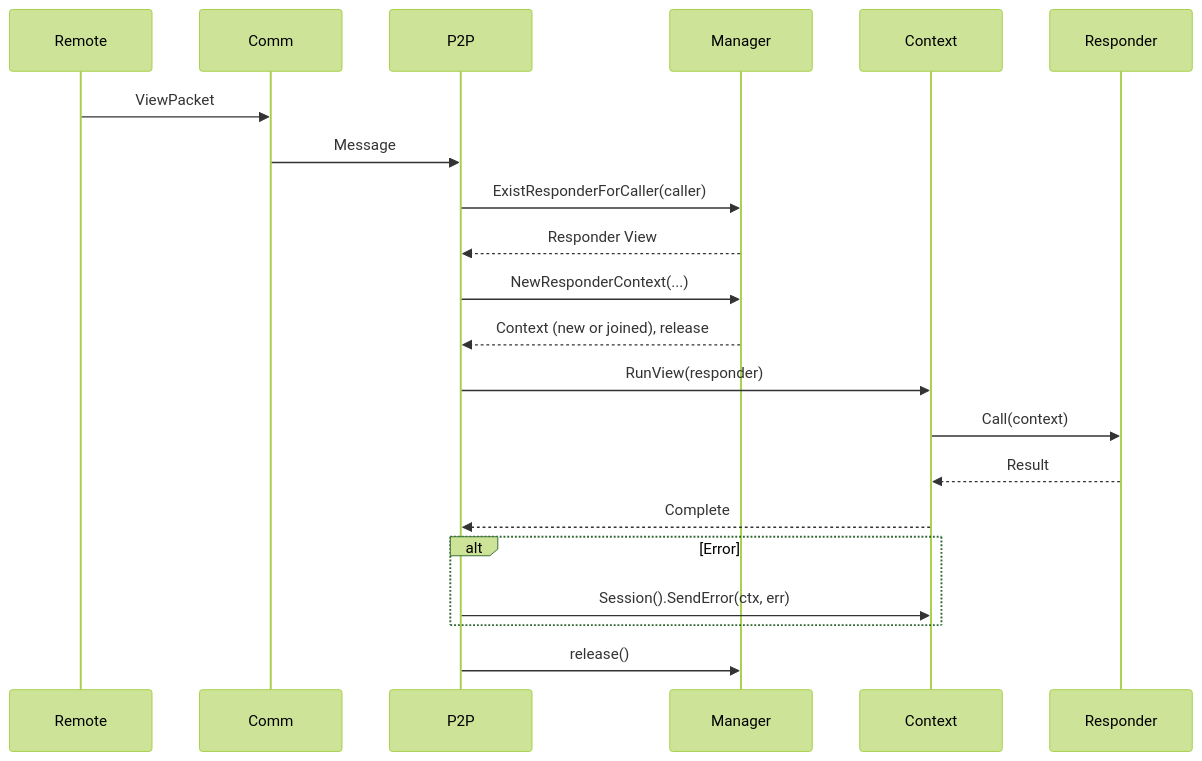
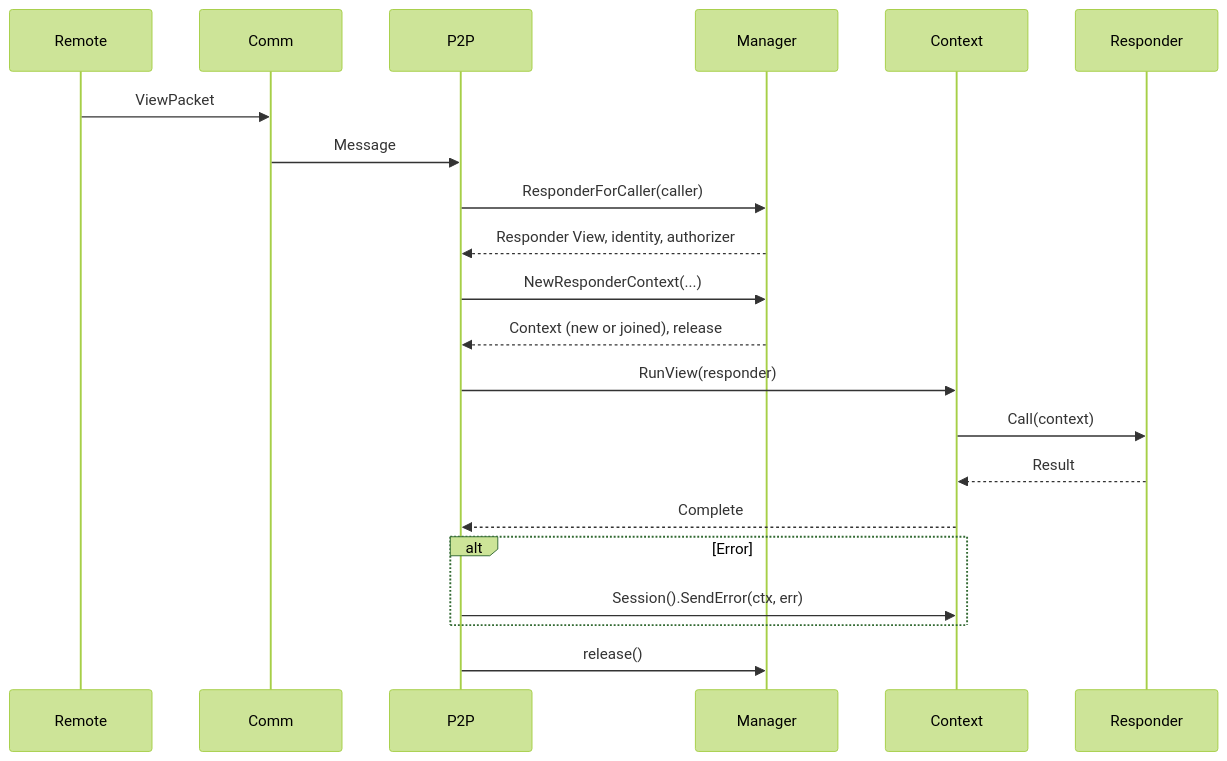
The fourth of 4 diagrams in docs/platform/view/services/view-service.md (hyperledger-labs/fabric-smart-client), drawn with Mermaid (forest theme) before and after one commit. The commit also changed other lines of this file and 21 other files, not shown here.

````diff
--- a/docs/platform/view/services/view-service.md
+++ b/docs/platform/view/services/view-service.md
@@ -481,28 +488,28 @@
 ```mermaid
 sequenceDiagram
     participant Remote
     participant Comm
     participant P2P
     participant Manager
     participant Context
     participant Responder
 
     Remote->>Comm: ViewPacket
     Comm->>P2P: Message
-    P2P->>Manager: ExistResponderForCaller(caller)
-    Manager-->>P2P: Responder View
+    P2P->>Manager: ResponderForCaller(caller)
+    Manager-->>P2P: Responder View, identity, authorizer
     
     P2P->>Manager: NewResponderContext(...)
     Manager-->>P2P: Context (new or joined), release
     
     P2P->>Context: RunView(responder)
     Context->>Responder: Call(context)
     Responder-->>Context: Result
     Context-->>P2P: Complete
     
     alt Error
         P2P->>Context: Session().SendError(ctx, err)
     end
     
     P2P->>Manager: release()
 ```
````
